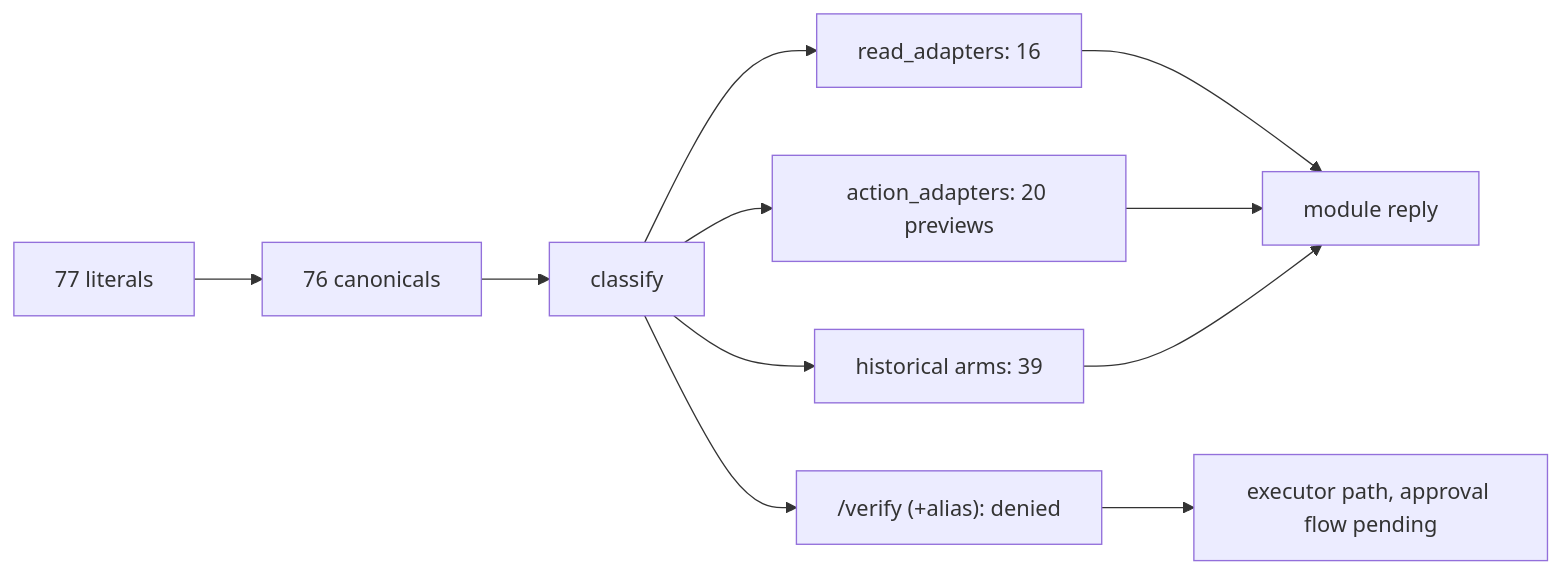
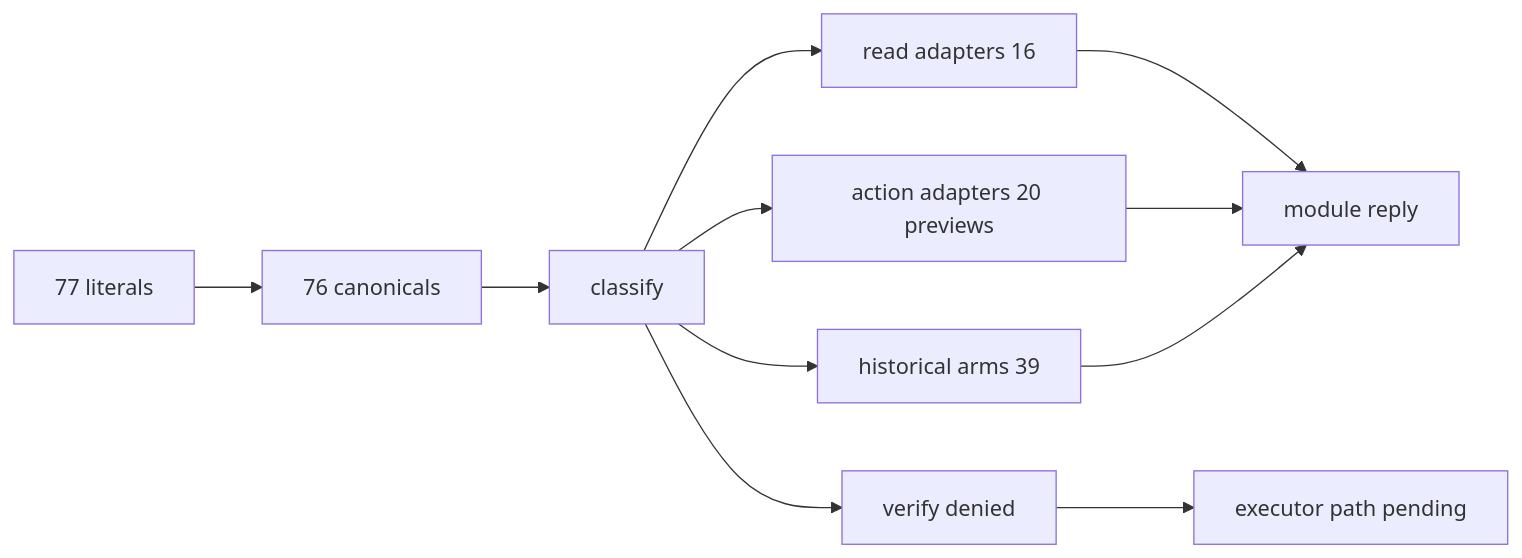
One commit to Anaik7799/uos changed the diagram in docs/journal/20261026-0140-claude-telegram-wave3-remaining-actions.md. Above: the diagram before and after it, drawn with Mermaid. The commit also changed other lines of this file and 17 other files, not shown here.

````diff
--- a/docs/journal/20261026-0140-claude-telegram-wave3-remaining-actions.md
+++ b/docs/journal/20261026-0140-claude-telegram-wave3-remaining-actions.md
@@ -76,8 +81,13 @@
 ```mermaid
 flowchart LR
-  L["77 literals"] --> K["76 canonicals"] --> C["classify"]
-  C --> R["read_adapters: 16"] --> M["module reply"]
-  C --> A["action_adapters: 20 previews"] --> M
-  C --> H["historical arms: 39"] --> M
-  C --> V["/verify (+alias): denied"] --> X["executor path, approval flow pending"]
+  L["77 literals"] --> K["76 canonicals"]
+  K --> C["classify"]
+  C --> R["read adapters 16"]
+  C --> A["action adapters 20 previews"]
+  C --> H["historical arms 39"]
+  C --> V["verify denied"]
+  R --> M["module reply"]
+  A --> M
+  H --> M
+  V --> X["executor path pending"]
 ```
````
